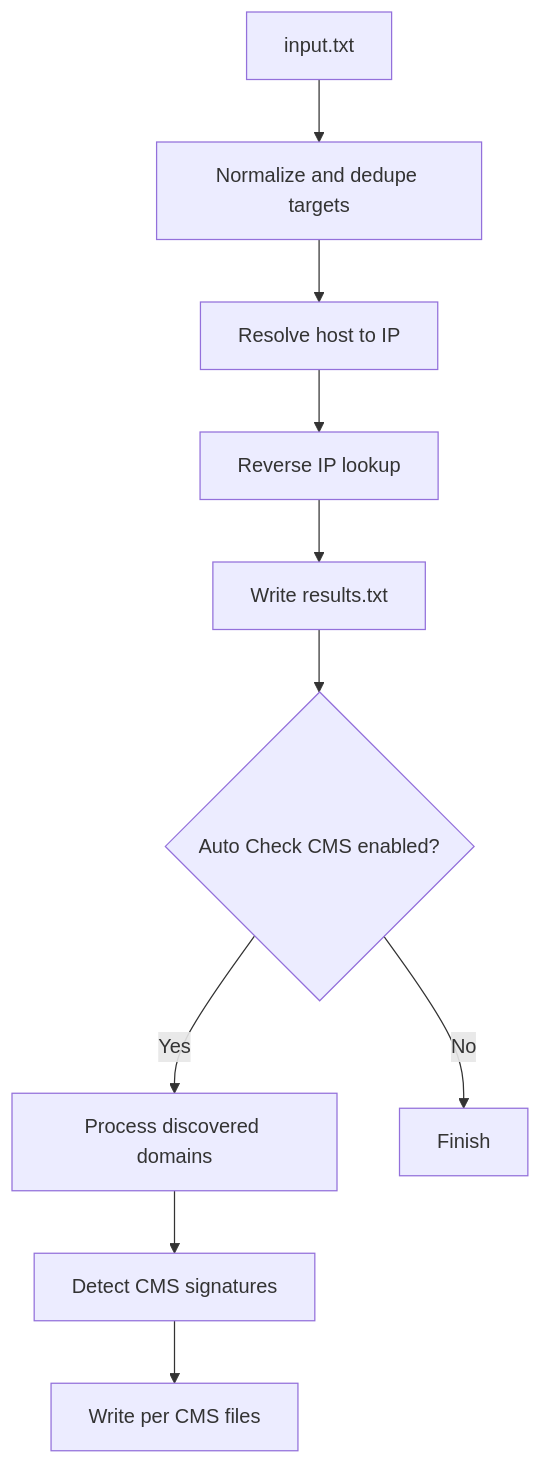
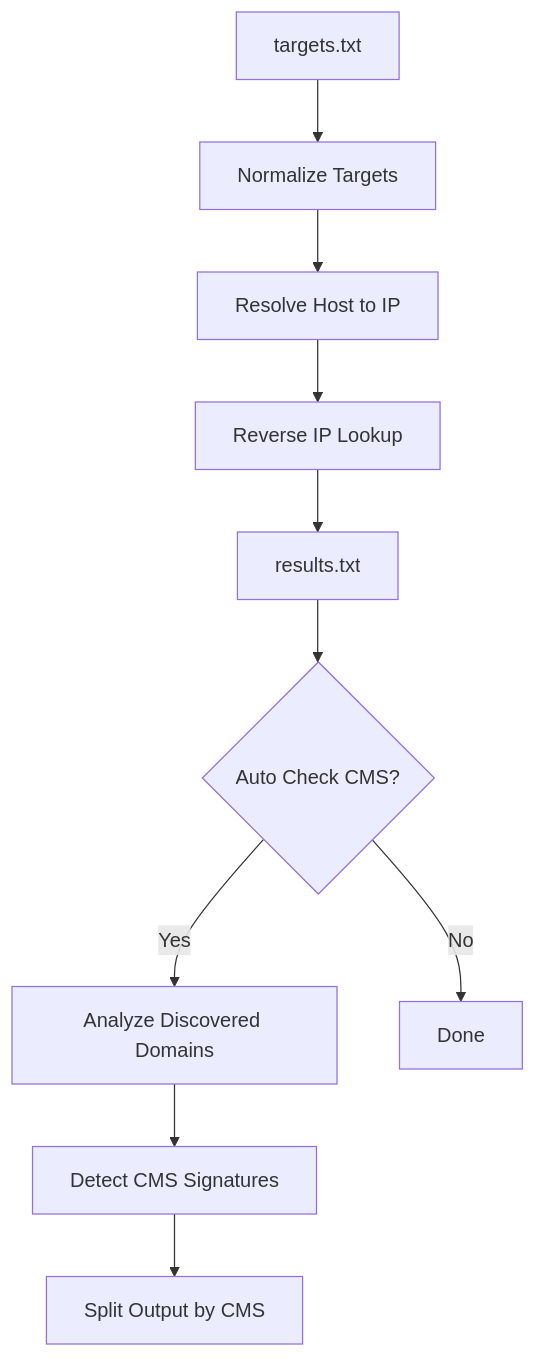
The diagram in README.md (AnggaTechI/Mass-Reverse-IP-Auto-Check-CMS), drawn with Mermaid before and after one commit. The commit also changed other lines of this file, not shown here.

````diff
--- a/README.md
+++ b/README.md
@@ -68,12 +91,12 @@
 ```mermaid
 flowchart TD
-    A[input.txt] --> B[Normalize and dedupe targets]
-    B --> C[Resolve host to IP]
-    C --> D[Reverse IP lookup]
-    D --> E[Write results.txt]
-    E --> F{Auto Check CMS enabled?}
-    F -- Yes --> G[Process discovered domains]
-    G --> H[Detect CMS signatures]
-    H --> I[Write per CMS files]
-    F -- No --> J[Finish]
+    A[targets.txt] --> B[Normalize Targets]
+    B --> C[Resolve Host to IP]
+    C --> D[Reverse IP Lookup]
+    D --> E[results.txt]
+    E --> F{Auto Check CMS?}
+    F -- Yes --> G[Analyze Discovered Domains]
+    G --> H[Detect CMS Signatures]
+    H --> I[Split Output by CMS]
+    F -- No --> J[Done]
 ```
````
